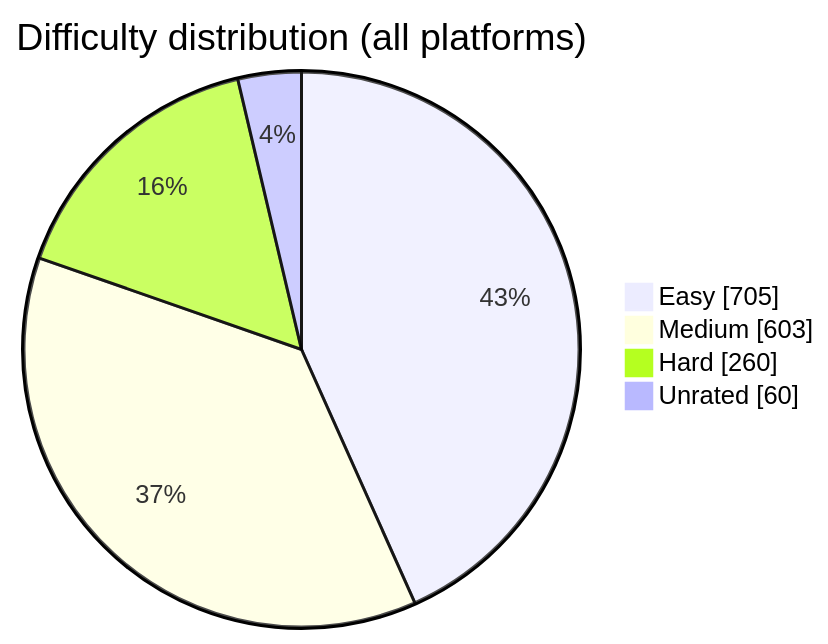
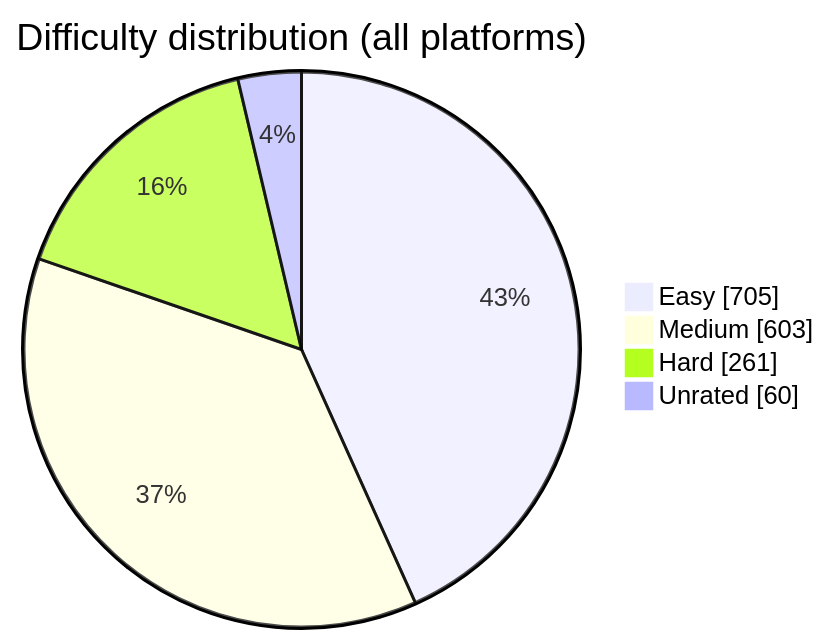
Before and after one commit to BuildbyArindam/Daily-Coding-Log: the diagram in README.md, drawn with Mermaid. The commit also changed other lines of this file, not shown here.

````diff
--- a/README.md
+++ b/README.md
@@ -93,7 +93,7 @@
 ```mermaid
 pie showData title Difficulty distribution (all platforms)
     "Easy" : 705
     "Medium" : 603
-    "Hard" : 260
+    "Hard" : 261
     "Unrated" : 60
 ```
````
